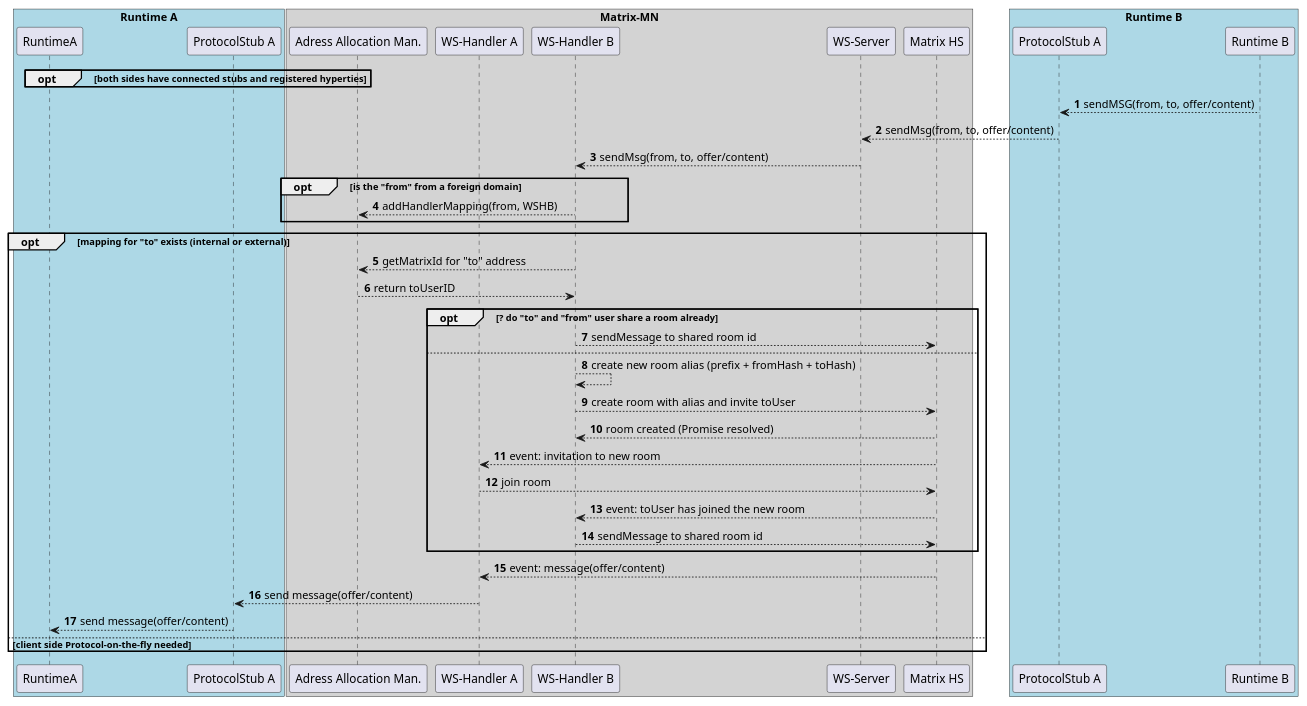
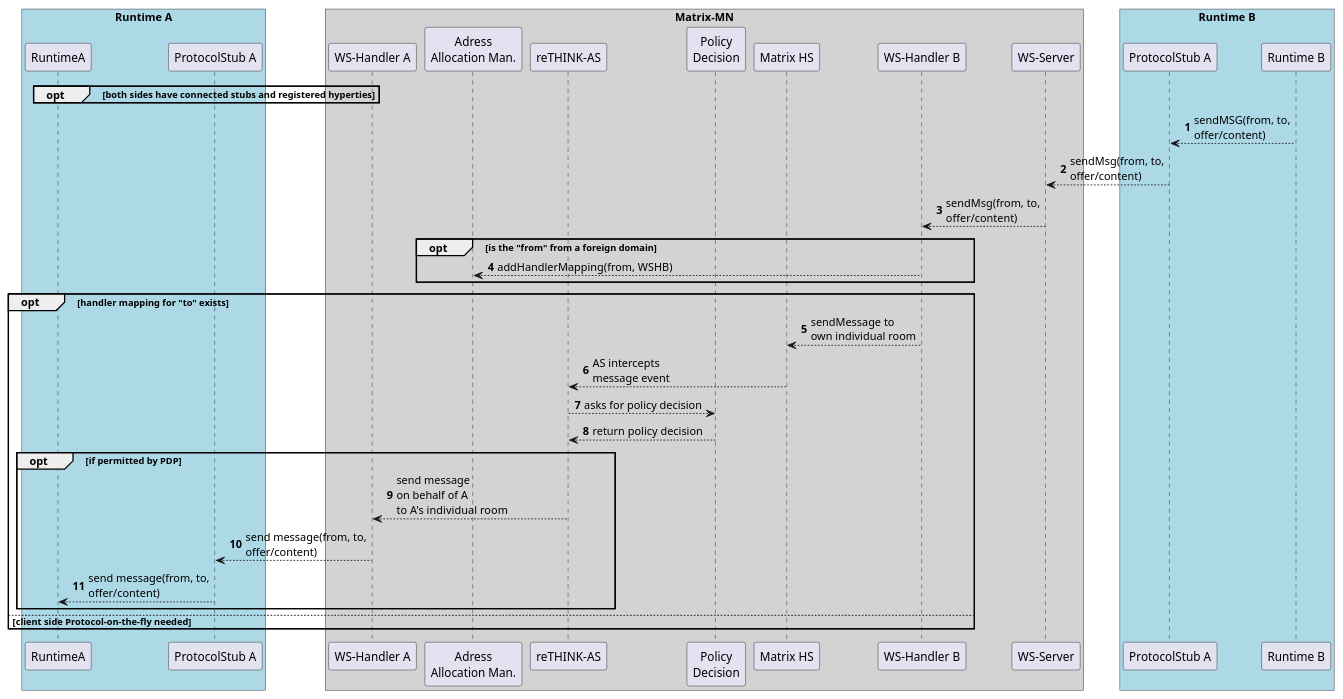
The diagram in uml/MatrixMN-route.md (reTHINK-project/dev-msg-node-nomatrix), drawn with PlantUML before and after one commit. The commit also changed 7 other files, not shown here.

First line of the commit message:
bugfixes: - fixed multiple registration of timeline eventlisteners - fixed failed removal of handler mappings

```diff
--- a/uml/MatrixMN-route.md
+++ b/uml/MatrixMN-route.md
@@ -3,58 +3,54 @@
 @startuml "MatrixMN-routing.png"
 
 autonumber
 
 box "Runtime A" #LightBlue
   participant RuntimeA as A
   participant "ProtocolStub A" as AAStub
 end box
 
 box "Matrix-MN" #LightGray
-  participant "Adress Allocation Man." as AAM
   participant "WS-Handler A" as WSHA
+  participant "Adress\nAllocation Man." as AAM
+  participant "reTHINK-AS" as AS
+    participant "Policy\nDecision" as PDP
+    participant "Matrix HS" as HS
   participant "WS-Handler B" as WSHB
   participant "WS-Server" as WSS
-  participant "Matrix HS" as HS
 end box
 
 box "Runtime B" #LightBlue
   participant "ProtocolStub A" as AStub
   participant "Runtime B" as B
 end box
 
 opt both sides have connected stubs and registered hyperties
 end
 
-B --> AStub : sendMSG(from, to, offer/content)
-AStub --> WSS : sendMsg(from, to, offer/content)
-WSS --> WSHB : sendMsg(from, to, offer/content)
+B --> AStub : sendMSG(from, to,\noffer/content)
+AStub --> WSS : sendMsg(from, to,\noffer/content)
+WSS --> WSHB : sendMsg(from, to,\noffer/content)
 
 opt is the "from" from a foreign domain
   WSHB --> AAM: addHandlerMapping(from, WSHB)
 end
 
-opt mapping for "to" exists (internal or external)
-  WSHB --> AAM : getMatrixId for "to" address
-  AAM --> WSHB : return toUserID
-  opt ? do "to" and "from" user share a room already
-    WSHB --> HS : sendMessage to shared room id
-  else
-    WSHB --> WSHB : create new room alias (prefix + fromHash + toHash)
-    WSHB --> HS : create room with alias and invite toUser
-    HS --> WSHB : room created (Promise resolved)
-    HS --> WSHA : event: invitation to new room
-    WSHA --> HS : join room
-    HS --> WSHB : event: toUser has joined the new room
+opt handler mapping for "to" exists
+  WSHB --> HS : sendMessage to\nown individual room
 
-    WSHB --> HS : sendMessage to shared room id
+  HS --> AS : AS intercepts\nmessage event
+  AS --> PDP : asks for policy decision
+  PDP --> AS : return policy decision
+  opt if permitted by PDP
+    AS --> WSHA : send message\non behalf of A\nto A's individual room
+    WSHA --> AAStub : send message(from, to,\noffer/content)
+    AAStub --> A : send message(from, to,\noffer/content)
   end
-  HS --> WSHA : event: message(offer/content)
-  WSHA --> AAStub : send message(offer/content)
-  AAStub --> A : send message(offer/content)
+
 else client side Protocol-on-the-fly needed
 
 end  
 
 
 
 @enduml
```
